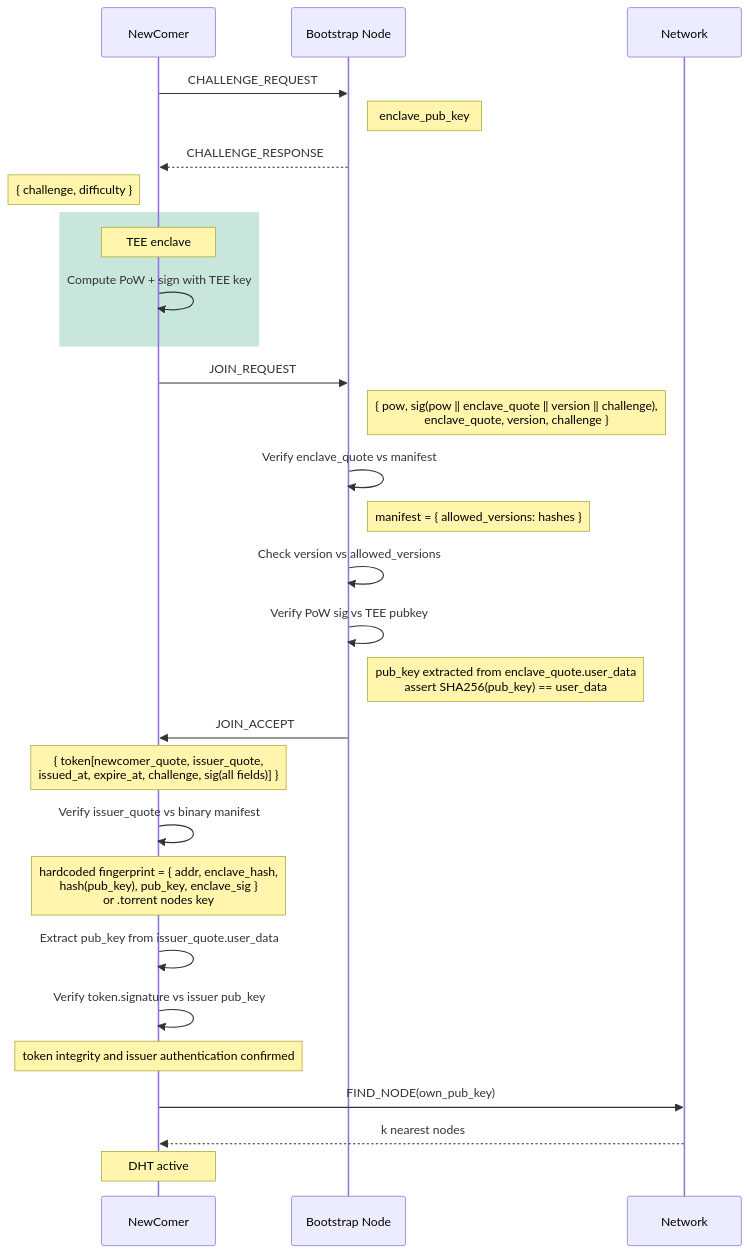
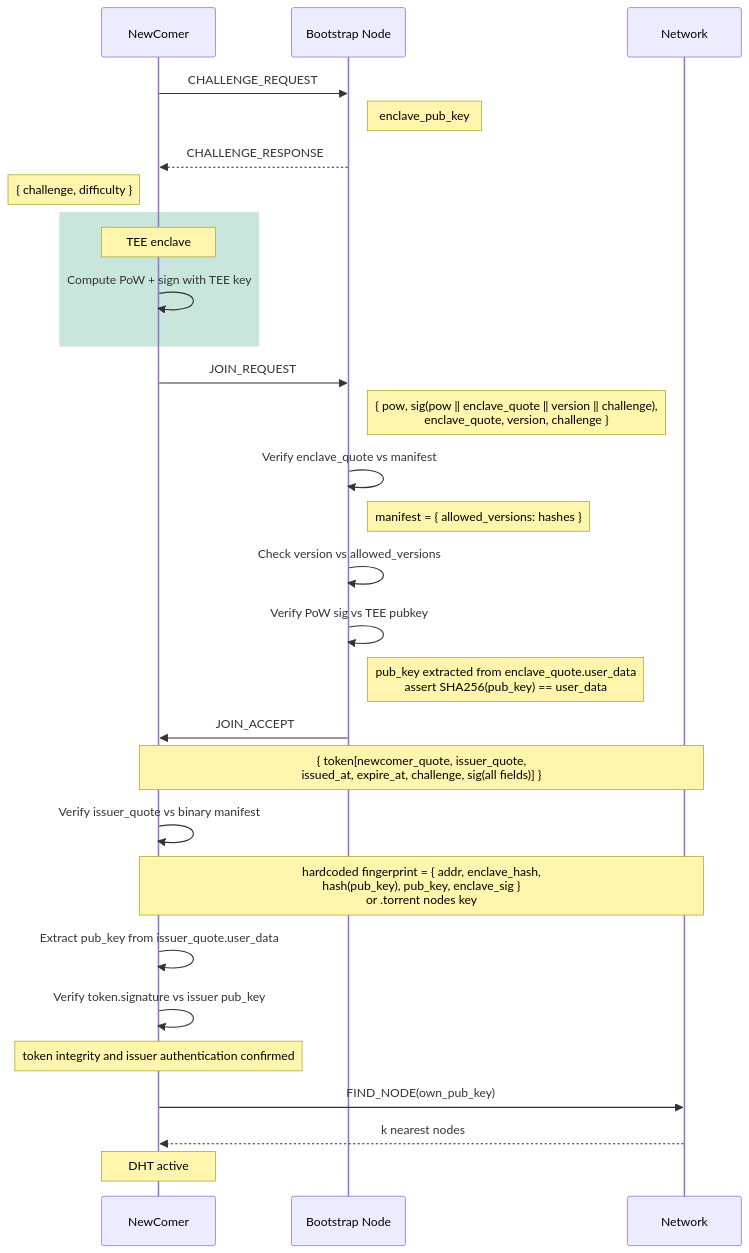
The diagram in Org/diagrams/kad_with_tee.mmd (OnlyCavas/thesis), drawn with Mermaid before and after one commit. The commit also changed 25 other files, not shown here.

Commit message:
chore(structure): fix diagrams and add arch section

```diff
--- a/Org/diagrams/kad_with_tee.mmd
+++ b/Org/diagrams/kad_with_tee.mmd
@@ -1,39 +1,39 @@
 sequenceDiagram
     participant P as NewComer
     participant B as Bootstrap Node
     participant N as Network
 
     P ->> B: CHALLENGE_REQUEST
     note right of B: enclave_pub_key
 
     B -->> P: CHALLENGE_RESPONSE
     note left of P: { challenge, difficulty }
 
     rect rgb(200, 230, 220)
         note over P: TEE enclave
         P ->> P: Compute PoW + sign with TEE key
     end
 
     P ->> B: JOIN_REQUEST
     note right of B: { pow, sig(pow ‖ enclave_quote ‖ version ‖ challenge),<br/>enclave_quote, version, challenge }
 
     B ->> B: Verify enclave_quote vs manifest
     note right of B: manifest = { allowed_versions: hashes }
     B ->> B: Check version vs allowed_versions
     B ->> B: Verify PoW sig vs TEE pubkey
     note right of B: pub_key extracted from enclave_quote.user_data<br/>assert SHA256(pub_key) == user_data
 
     B ->> P: JOIN_ACCEPT
-    note over P: { token[newcomer_quote, issuer_quote,<br/>issued_at, expire_at, challenge, sig(all fields)] }
+    note over P,N: { token[newcomer_quote, issuer_quote,<br/>issued_at, expire_at, challenge, sig(all fields)] }
 
     P ->> P: Verify issuer_quote vs binary manifest
-    note over P: hardcoded fingerprint = { addr, enclave_hash,<br/>hash(pub_key), pub_key, enclave_sig }<br/>or .torrent nodes key
+    note over P,N: hardcoded fingerprint = { addr, enclave_hash,<br/>hash(pub_key), pub_key, enclave_sig }<br/>or .torrent nodes key
 
     P ->> P: Extract pub_key from issuer_quote.user_data
     P ->> P: Verify token.signature vs issuer pub_key
     note over P: token integrity and issuer authentication confirmed
 
     P ->> N: FIND_NODE(own_pub_key)
     N -->> P: k nearest nodes
 
     note over P: DHT active
```
